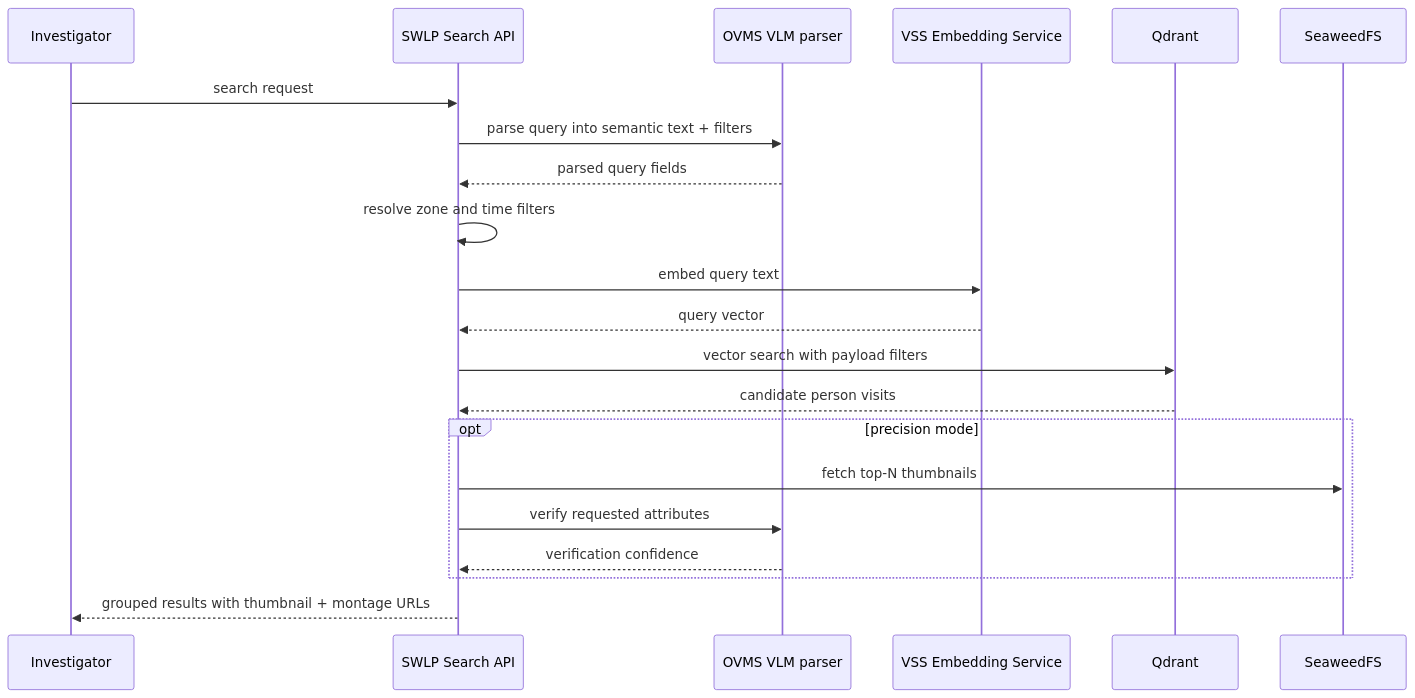
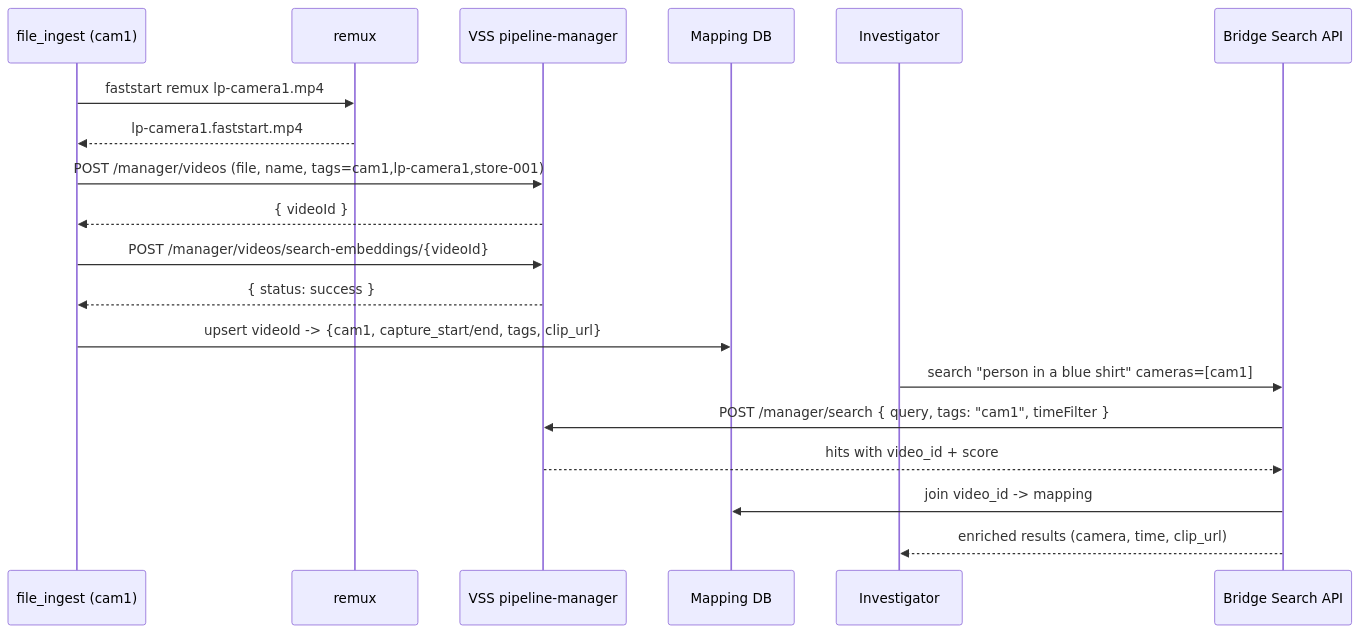
Before and after one commit to intel-retail/storewide-loss-prevention: the second of 2 diagrams in suspicious-activity-detection/docs/vlm-recall.md, drawn with Mermaid. The commit also changed other lines of this file and 2 other files, not shown here.

````diff
--- a/suspicious-activity-detection/docs/vlm-recall.md
+++ b/suspicious-activity-detection/docs/vlm-recall.md
@@ -218,24 +313,22 @@
 ```mermaid
 sequenceDiagram
+    participant CLI as file_ingest (cam1)
+    participant RX as remux
+    participant VSS as VSS pipeline-manager
+    participant DB as Mapping DB
     participant U as Investigator
-    participant API as SWLP Search API
-    participant VLM as OVMS VLM parser
-    participant VSS as VSS Embedding Service
-    participant QD as Qdrant
-    participant S3 as SeaweedFS
+    participant API as Bridge Search API
 
-    U->>API: search request
-    API->>VLM: parse query into semantic text + filters
-    VLM-->>API: parsed query fields
-    API->>API: resolve zone and time filters
-    API->>VSS: embed query text
-    VSS-->>API: query vector
-    API->>QD: vector search with payload filters
-    QD-->>API: candidate person visits
-    opt precision mode
-        API->>S3: fetch top-N thumbnails
-        API->>VLM: verify requested attributes
-        VLM-->>API: verification confidence
-    end
-    API-->>U: grouped results with thumbnail + montage URLs
+    CLI->>RX: faststart remux lp-camera1.mp4
+    RX-->>CLI: lp-camera1.faststart.mp4
+    CLI->>VSS: POST /manager/videos (file, name, tags=cam1,lp-camera1,store-001)
+    VSS-->>CLI: { videoId }
+    CLI->>VSS: POST /manager/videos/search-embeddings/{videoId}
+    VSS-->>CLI: { status: success }
+    CLI->>DB: upsert videoId -> {cam1, capture_start/end, tags, clip_url}
+    U->>API: search "person in a blue shirt" cameras=[cam1]
+    API->>VSS: POST /manager/search { query, tags: "cam1", timeFilter }
+    VSS-->>API: hits with video_id + score
+    API->>DB: join video_id -> mapping
+    API-->>U: enriched results (camera, time, clip_url)
 ```
````
